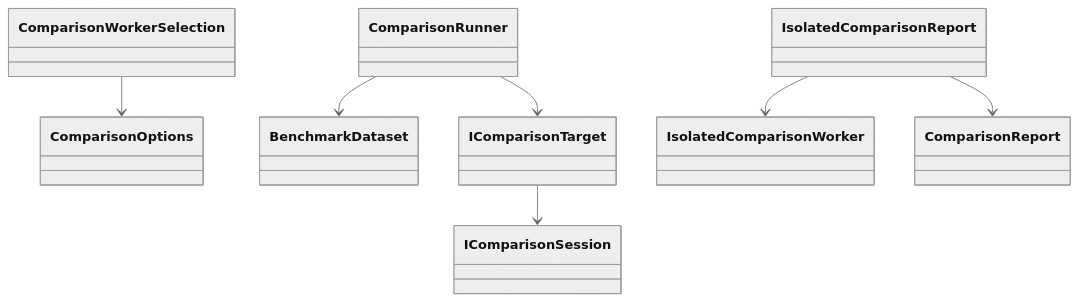
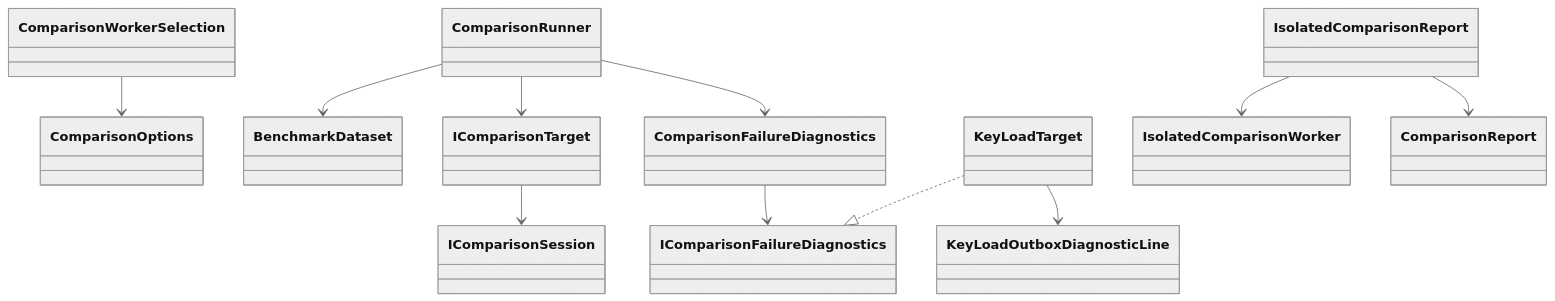
One commit to managedcode/KeyLoad changed diagram 23 of 41 in docs/Architecture.md. Above: the diagram before and after it, drawn with Mermaid (neutral theme). The commit also changed other lines of this file and 15 other files, not shown here.

Commit message:
Add bounded outbox diagnostics for failed native comparisons

````diff
--- a/docs/Architecture.md
+++ b/docs/Architecture.md
@@ -521,9 +521,13 @@
 ```mermaid
 classDiagram
     ComparisonWorkerSelection --> ComparisonOptions
     ComparisonRunner --> BenchmarkDataset
     ComparisonRunner --> IComparisonTarget
+    ComparisonRunner --> ComparisonFailureDiagnostics
+    ComparisonFailureDiagnostics --> IComparisonFailureDiagnostics
+    KeyLoadTarget ..|> IComparisonFailureDiagnostics
+    KeyLoadTarget --> KeyLoadOutboxDiagnosticLine
     IComparisonTarget --> IComparisonSession
     IsolatedComparisonReport --> IsolatedComparisonWorker
     IsolatedComparisonReport --> ComparisonReport
 ```
````
